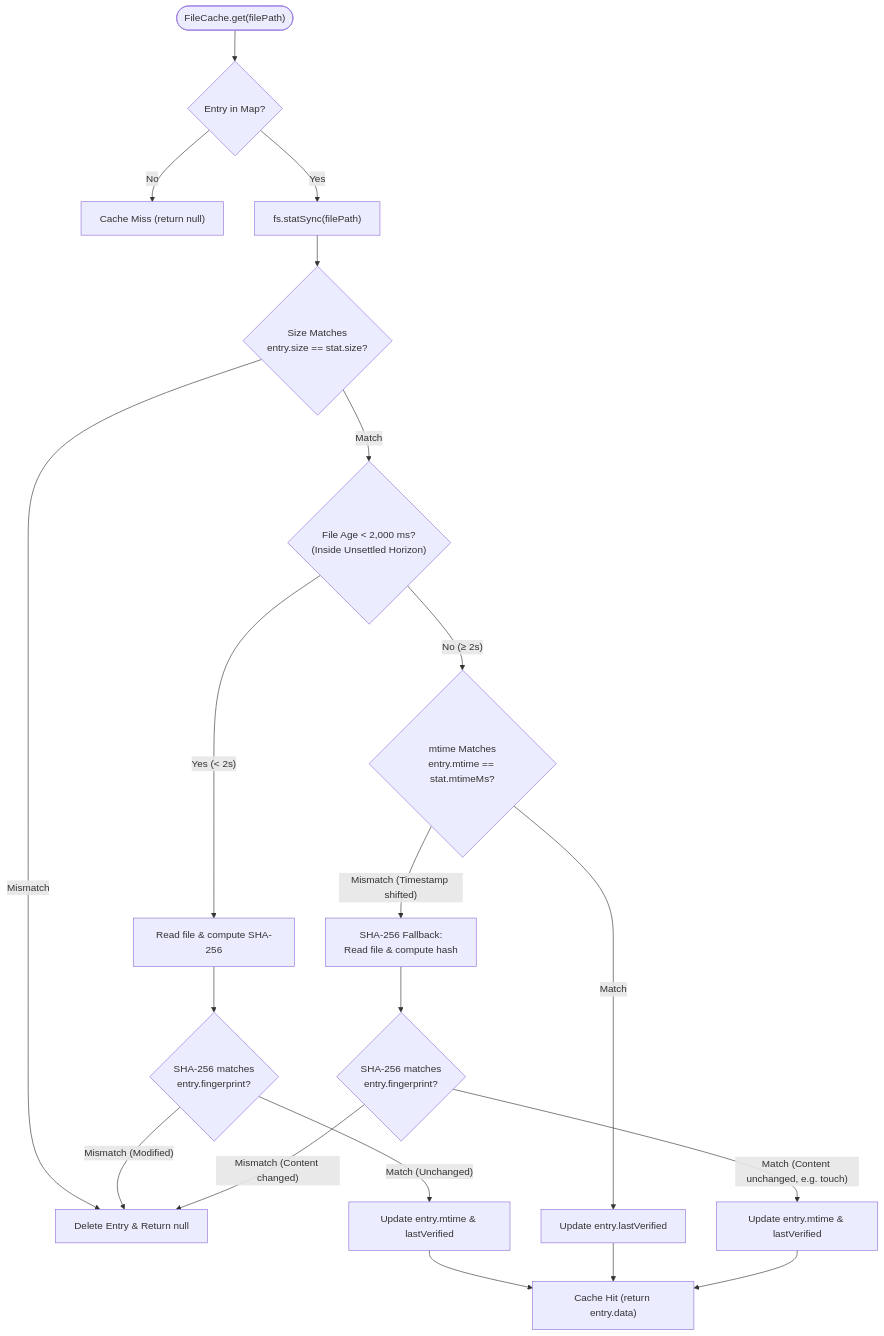
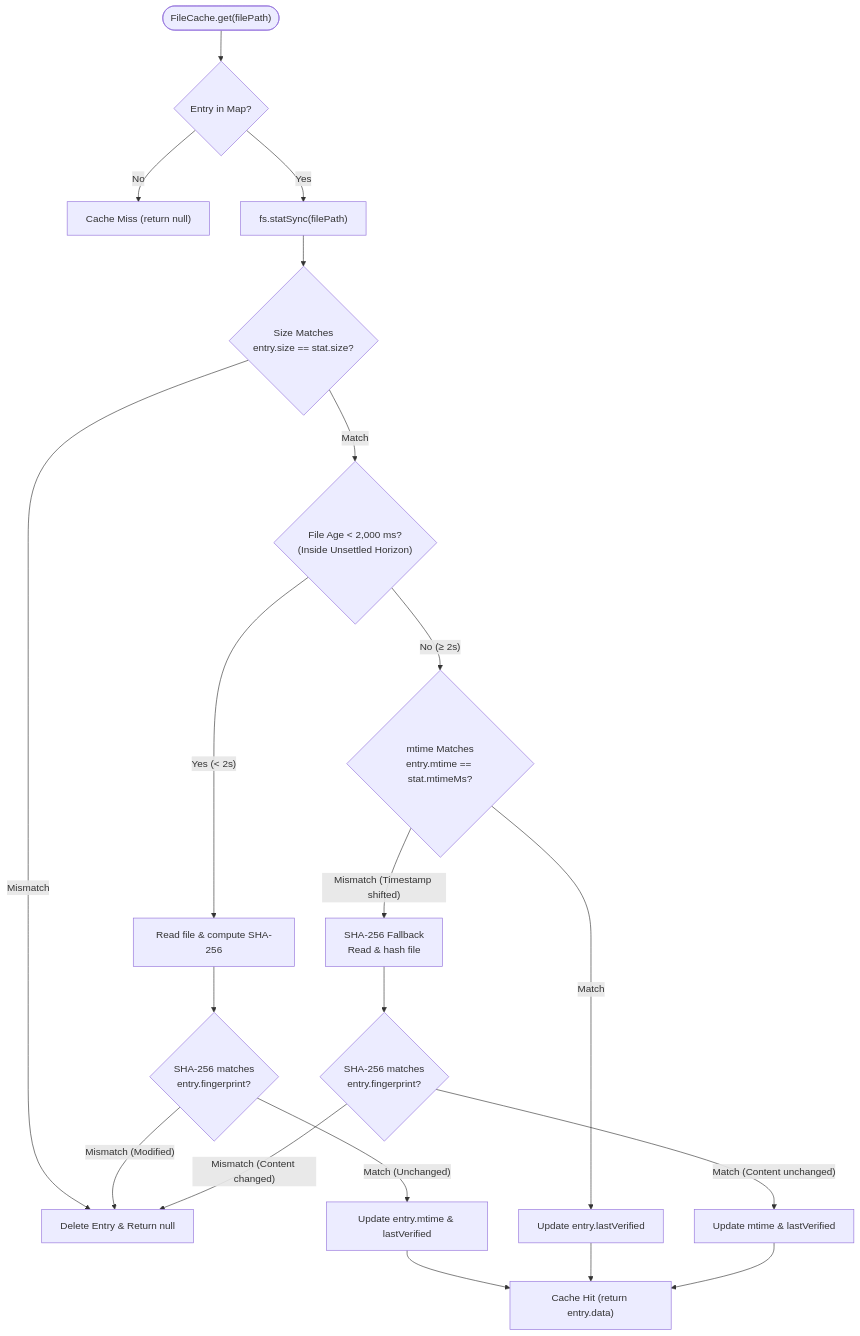
One commit to Kuldeep2822k/cli changed the second of 2 diagrams in docs/04-3-vault-walker-and-file-cache.md. Above: the diagram before and after it, drawn with Mermaid. The commit also changed other lines of this file and 77 other files, not shown here.

````diff
--- a/docs/04-3-vault-walker-and-file-cache.md
+++ b/docs/04-3-vault-walker-and-file-cache.md
@@ -86,30 +90,30 @@
 ```mermaid
 flowchart TD
     Start(["FileCache.get(filePath)"]) --> CheckEntry{"Entry in Map?"}
     
     CheckEntry -- "No" --> CacheMiss["Cache Miss (return null)"]
     CheckEntry -- "Yes" --> Stat["fs.statSync(filePath)"]
     
     Stat --> CheckSize{"Size Matches<br/>entry.size == stat.size?"}
     CheckSize -- "Mismatch" --> Invalidate["Delete Entry & Return null"]
     
     CheckSize -- "Match" --> CheckHorizon{"File Age &lt; 2,000 ms?<br/>(Inside Unsettled Horizon)"}
     
     %% Inside Horizon Branch
     CheckHorizon -- "Yes (&lt; 2s)" --> ReadHash1["Read file & compute SHA-256"]
     ReadHash1 --> VerifyHash1{"SHA-256 matches<br/>entry.fingerprint?"}
     VerifyHash1 -- "Mismatch (Modified)" --> Invalidate
     VerifyHash1 -- "Match (Unchanged)" --> UpdateMtime1["Update entry.mtime & lastVerified"]
     UpdateMtime1 --> CacheHit["Cache Hit (return entry.data)"]
     
     %% Outside Horizon Branch
     CheckHorizon -- "No (&ge; 2s)" --> CheckMtime{"mtime Matches<br/>entry.mtime == stat.mtimeMs?"}
     CheckMtime -- "Match" --> UpdateVerified["Update entry.lastVerified"]
     UpdateVerified --> CacheHit
     
-    CheckMtime -- "Mismatch (Timestamp shifted)" --> ReadHash2["SHA-256 Fallback:<br/>Read file & compute hash"]
+    CheckMtime -- "Mismatch (Timestamp shifted)" --> ReadHash2["SHA-256 Fallback<br/>Read & hash file"]
     ReadHash2 --> VerifyHash2{"SHA-256 matches<br/>entry.fingerprint?"}
     VerifyHash2 -- "Mismatch (Content changed)" --> Invalidate
-    VerifyHash2 -- "Match (Content unchanged, e.g. touch)" --> UpdateMtime2["Update entry.mtime & lastVerified"]
+    VerifyHash2 -- "Match (Content unchanged)" --> UpdateMtime2["Update mtime & lastVerified"]
     UpdateMtime2 --> CacheHit
 ```
````
